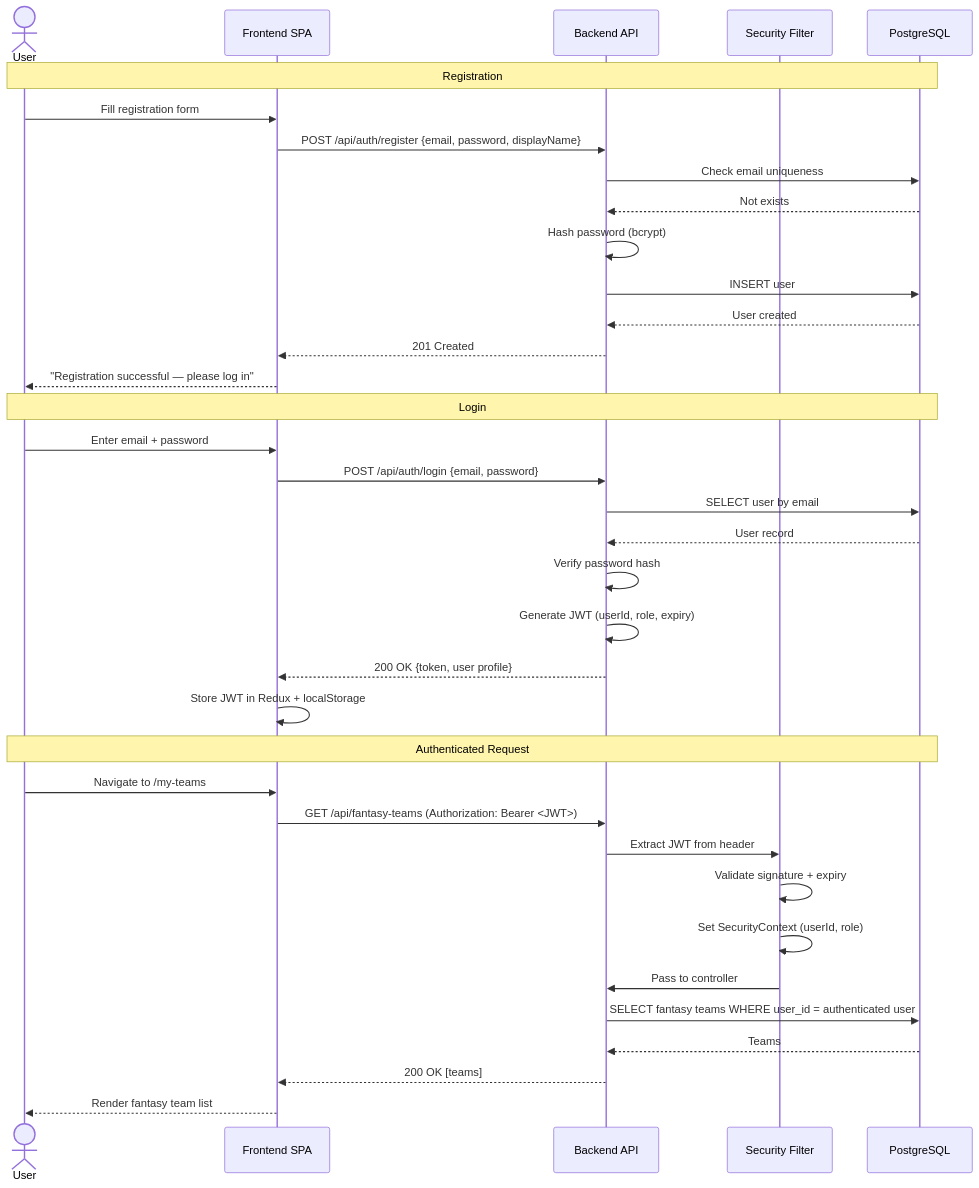
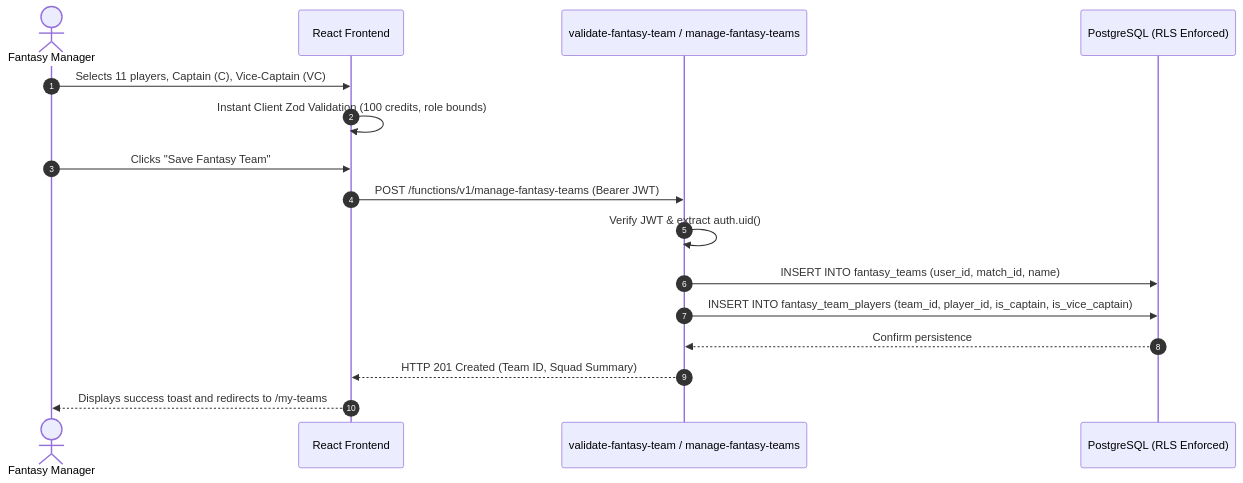
The third of 4 diagrams in docs/SYSTEM_ARCHITECTURE.md (parthkprogrammer/FanPulse_AI), drawn with Mermaid before and after one commit. The commit also changed other lines of this file and 26 other files, not shown here.

````diff
--- a/docs/SYSTEM_ARCHITECTURE.md
+++ b/docs/SYSTEM_ARCHITECTURE.md
@@ -440,41 +149,19 @@
 ```mermaid
 sequenceDiagram
-    actor User
-    participant FE as Frontend SPA
-    participant BE as Backend API
-    participant SEC as Security Filter
-    participant DB as PostgreSQL
+    autonumber
+    actor User as Fantasy Manager
+    participant SPA as React Frontend
+    participant Edge as validate-fantasy-team / manage-fantasy-teams
+    participant DB as PostgreSQL (RLS Enforced)
 
-    Note over User,DB: Registration
-    User->>FE: Fill registration form
-    FE->>BE: POST /api/auth/register {email, password, displayName}
-    BE->>DB: Check email uniqueness
-    DB-->>BE: Not exists
-    BE->>BE: Hash password (bcrypt)
-    BE->>DB: INSERT user
-    DB-->>BE: User created
-    BE-->>FE: 201 Created
-    FE-->>User: "Registration successful — please log in"
-
-    Note over User,DB: Login
-    User->>FE: Enter email + password
-    FE->>BE: POST /api/auth/login {email, password}
-    BE->>DB: SELECT user by email
-    DB-->>BE: User record
-    BE->>BE: Verify password hash
-    BE->>BE: Generate JWT (userId, role, expiry)
-    BE-->>FE: 200 OK {token, user profile}
-    FE->>FE: Store JWT in Redux + localStorage
-
-    Note over User,DB: Authenticated Request
-    User->>FE: Navigate to /my-teams
-    FE->>BE: GET /api/fantasy-teams (Authorization: Bearer <JWT>)
-    BE->>SEC: Extract JWT from header
-    SEC->>SEC: Validate signature + expiry
-    SEC->>SEC: Set SecurityContext (userId, role)
-    SEC->>BE: Pass to controller
-    BE->>DB: SELECT fantasy teams WHERE user_id = authenticated user
-    DB-->>BE: Teams
-    BE-->>FE: 200 OK [teams]
-    FE-->>User: Render fantasy team list
+    User->>SPA: Selects 11 players, Captain (C), Vice-Captain (VC)
+    SPA->>SPA: Instant Client Zod Validation (100 credits, role bounds)
+    User->>SPA: Clicks "Save Fantasy Team"
+    SPA->>Edge: POST /functions/v1/manage-fantasy-teams (Bearer JWT)
+    Edge->>Edge: Verify JWT & extract auth.uid()
+    Edge->>DB: INSERT INTO fantasy_teams (user_id, match_id, name)
+    Edge->>DB: INSERT INTO fantasy_team_players (team_id, player_id, is_captain, is_vice_captain)
+    DB-->>Edge: Confirm persistence
+    Edge-->>SPA: HTTP 201 Created (Team ID, Squad Summary)
+    SPA-->>User: Displays success toast and redirects to /my-teams
 ```
````
